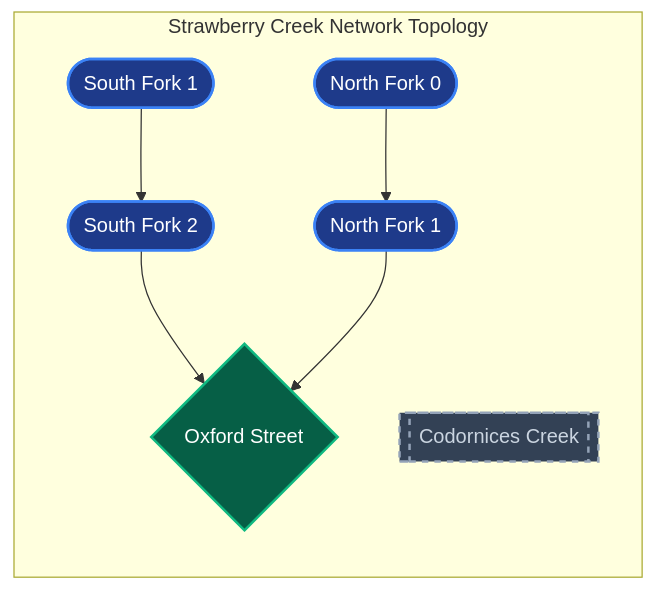
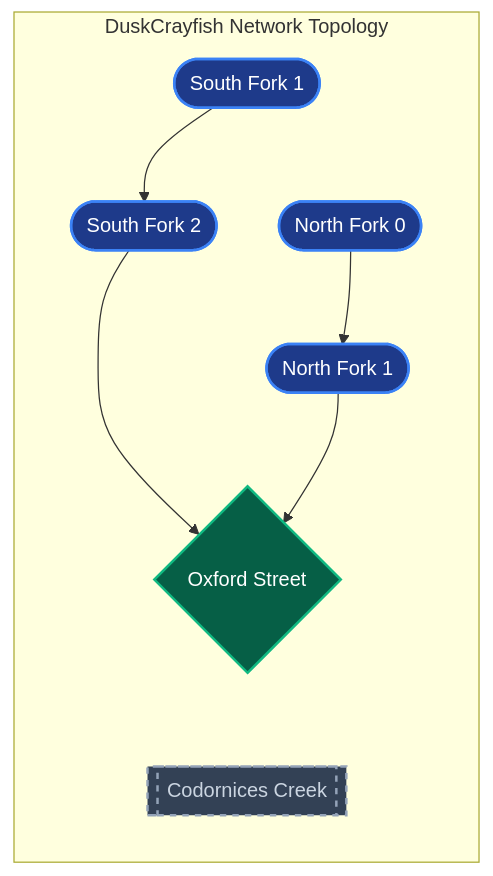
The second of 2 diagrams in README.md (DChristensen12/CrayPulse), drawn with Mermaid before and after one commit.

Commit message:
changed it so the five node graph is horizontal to remain consistent with the full creek node flow diagram.

````diff
--- a/README.md
+++ b/README.md
@@ -71,27 +71,32 @@
 ```mermaid
 graph LR
     %% Focused Horizontal Network Layout with No Legend
-    subgraph ST_Backbone [Strawberry&nbsp;Creek&nbsp;Network&nbsp;Topology]
+    subgraph ST_Backbone [DuskCrayfish&nbsp;Network&nbsp;Topology]
         %% Active South Fork Path
         SF1([South Fork 1]) --> SF2([South Fork 2])
         
         %% Active North Fork Path
         NF0([North Fork 0]) --> NF1([North Fork 1])
         
         %% Convergence Sink
         SF2 --> OX{Oxford Street}
         NF1 --> OX
         
         %% Isolated Node kept inline horizontally
         CC[[Codornices Creek]]
+
+        %% FORCE HORIZONTAL ALIGNMENT (Invisible structure constraint)
+        SF1 ~~~ NF0
+        SF2 ~~~ NF1
+        OX ~~~ CC
     end
 
     %% Color Palette Configurations
     classDef nodeStyle fill:#1e3a8a,stroke:#3b82f6,stroke-width:2px,color:#fff;
     classDef targetStyle fill:#065f46,stroke:#10b981,stroke-width:2px,color:#fff;
     classDef controlStyle fill:#334155,stroke:#94a3b8,stroke-width:2px,color:#cbd5e1,stroke-dasharray: 5 5;
     
     class SF1,SF2,NF0,NF1 nodeStyle;
     class OX targetStyle;
     class CC controlStyle;
 ```
````
